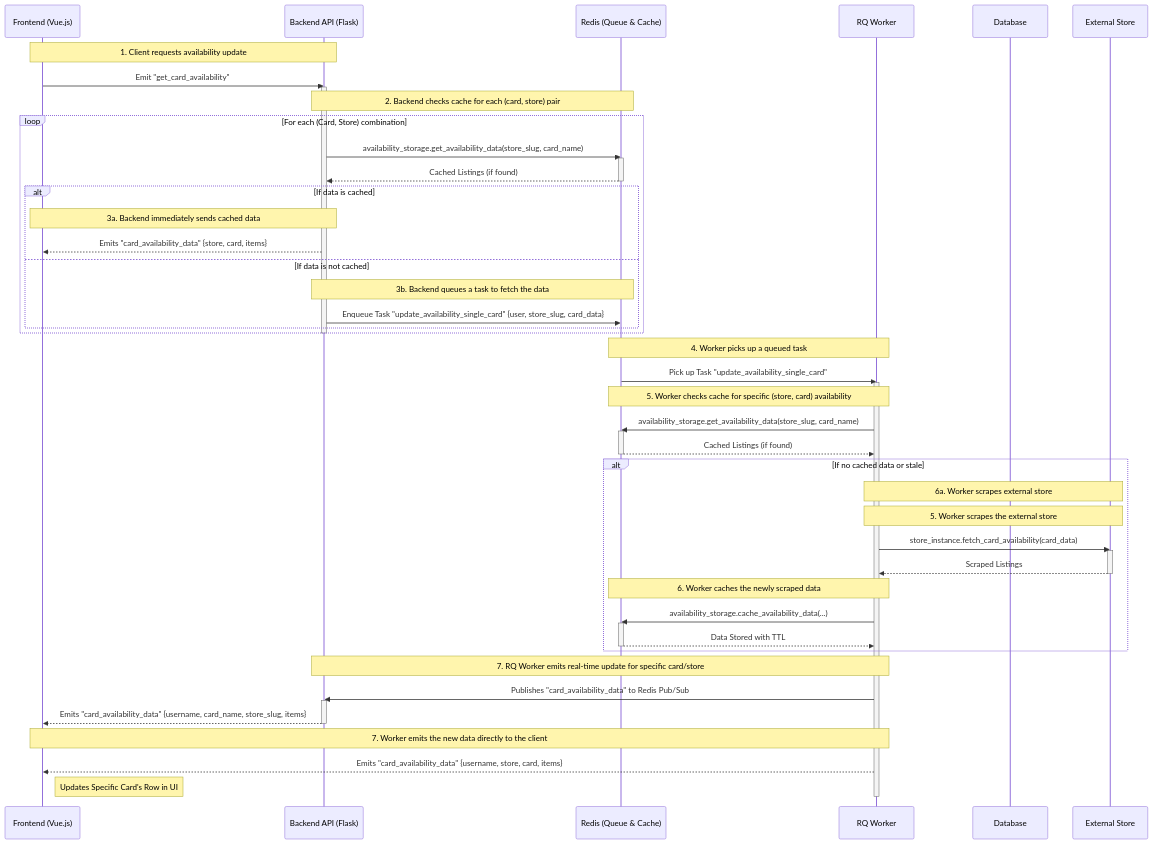
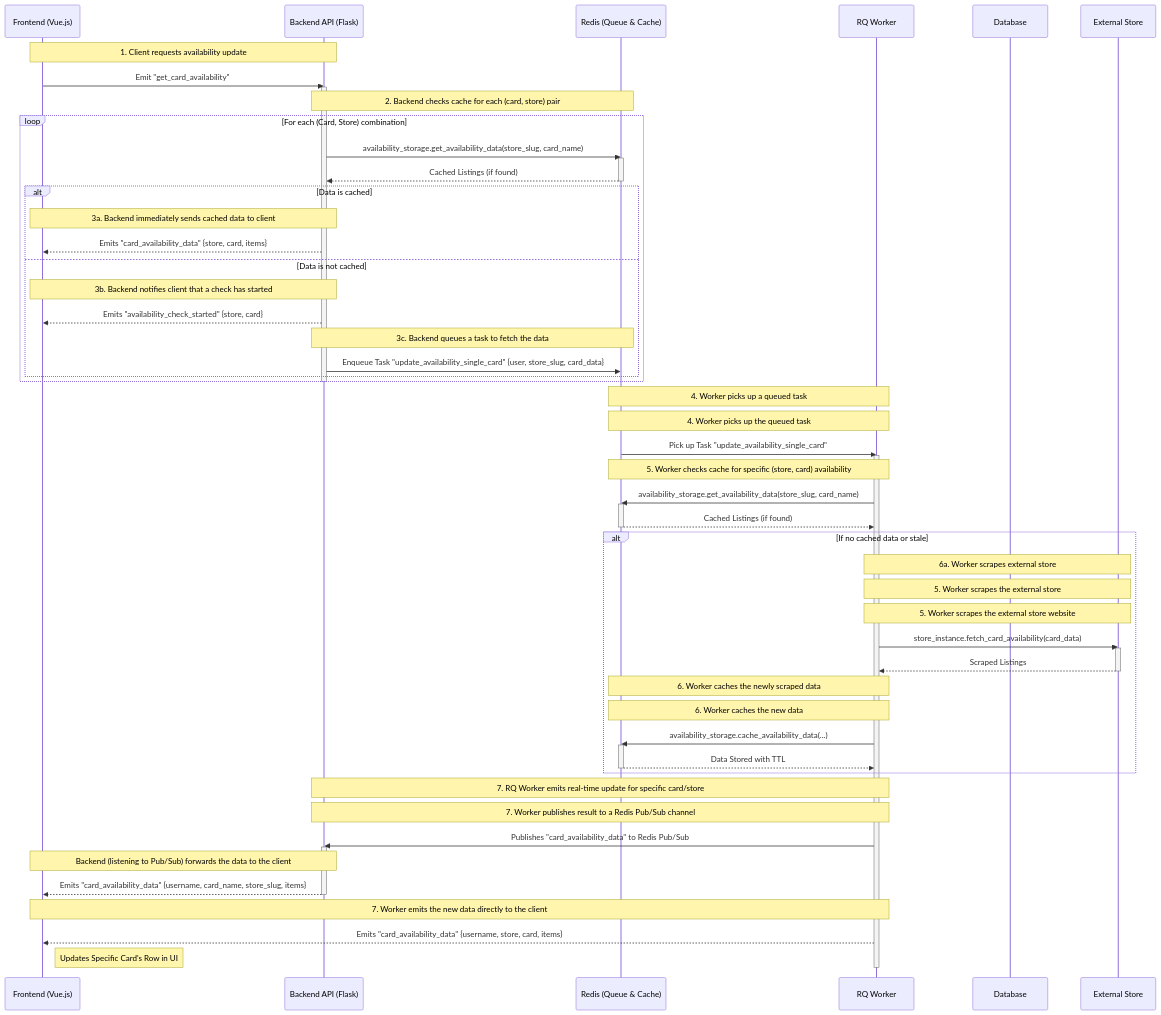
One commit to smileyface/LGS-Stock-Checker changed the fourth of 10 diagrams in docs/docs.md. Above: the diagram before and after it, drawn with Mermaid. The commit also changed other lines of this file and 35 other files, not shown here.

First line of the commit message:
[Feature]: Card Availability Status (#17)

````diff
--- a/docs/docs.md
+++ b/docs/docs.md
@@ -131,66 +131,75 @@
 ```mermaid
 sequenceDiagram
     participant Client as Frontend (Vue.js)
     participant Backend as Backend API (Flask)
     participant Redis as Redis (Queue & Cache)
     participant Worker as RQ Worker
     participant DB as Database
     participant ExternalStore as External Store
     
     Note over Client, Backend: 1. Client requests availability update
     Client->>Backend: Emit "get_card_availability"
     activate Backend
     
     Note over Backend, Redis: 2. Backend checks cache for each (card, store) pair
     loop For each (Card, Store) combination
         Backend->>Redis: availability_storage.get_availability_data(store_slug, card_name)
         activate Redis
         Redis-->>Backend: Cached Listings (if found)
         deactivate Redis
         
-        alt If data is cached
-            Note over Backend, Client: 3a. Backend immediately sends cached data
+        alt Data is cached
+            Note over Backend, Client: 3a. Backend immediately sends cached data to client
             Backend-->>Client: Emits "card_availability_data" {store, card, items}
-        else If data is not cached
-            Note over Backend, Redis: 3b. Backend queues a task to fetch the data
+        else Data is not cached
+            Note over Backend, Client: 3b. Backend notifies client that a check has started
+            Backend-->>Client: Emits "availability_check_started" {store, card}
+            Note over Backend, Redis: 3c. Backend queues a task to fetch the data
             Backend->>Redis: Enqueue Task "update_availability_single_card" {user, store_slug, card_data}
+            
         end
     end
     deactivate Backend
     
     Note over Redis, Worker: 4. Worker picks up a queued task
+    Note over Redis, Worker: 4. Worker picks up the queued task
     Redis->>Worker: Pick up Task "update_availability_single_card"
     activate Worker
     Note over Worker, Redis: 5. Worker checks cache for specific (store, card) availability
     Worker->>Redis: availability_storage.get_availability_data(store_slug, card_name)
     activate Redis
     Redis-->>Worker: Cached Listings (if found)
     deactivate Redis
 
     alt If no cached data or stale
         Note over Worker, ExternalStore: 6a. Worker scrapes external store
     
     Note over Worker, ExternalStore: 5. Worker scrapes the external store
+    Note over Worker, ExternalStore: 5. Worker scrapes the external store website
         Worker->>ExternalStore: store_instance.fetch_card_availability(card_data)
         activate ExternalStore
         ExternalStore-->>Worker: Scraped Listings
         deactivate ExternalStore
     
     Note over Worker, Redis: 6. Worker caches the newly scraped data
+    Note over Worker, Redis: 6. Worker caches the new data
         Worker->>Redis: availability_storage.cache_availability_data(...)
         activate Redis
         Redis-->>Worker: Data Stored with TTL
         deactivate Redis
     end
     Note over Worker, Backend: 7. RQ Worker emits real-time update for specific card/store
+    
+    Note over Worker, Backend: 7. Worker publishes result to a Redis Pub/Sub channel
     Worker->>Backend: Publishes "card_availability_data" to Redis Pub/Sub
     activate Backend
+    Note over Backend, Client: Backend (listening to Pub/Sub) forwards the data to the client
     Backend-->>Client: Emits "card_availability_data" {username, card_name, store_slug, items}
     deactivate Backend
     
     Note over Worker, Client: 7. Worker emits the new data directly to the client
     Worker-->>Client: Emits "card_availability_data" {username, store, card, items}
     Note right of Client: Updates Specific Card's Row in UI
 
     deactivate Worker
 ```
````
